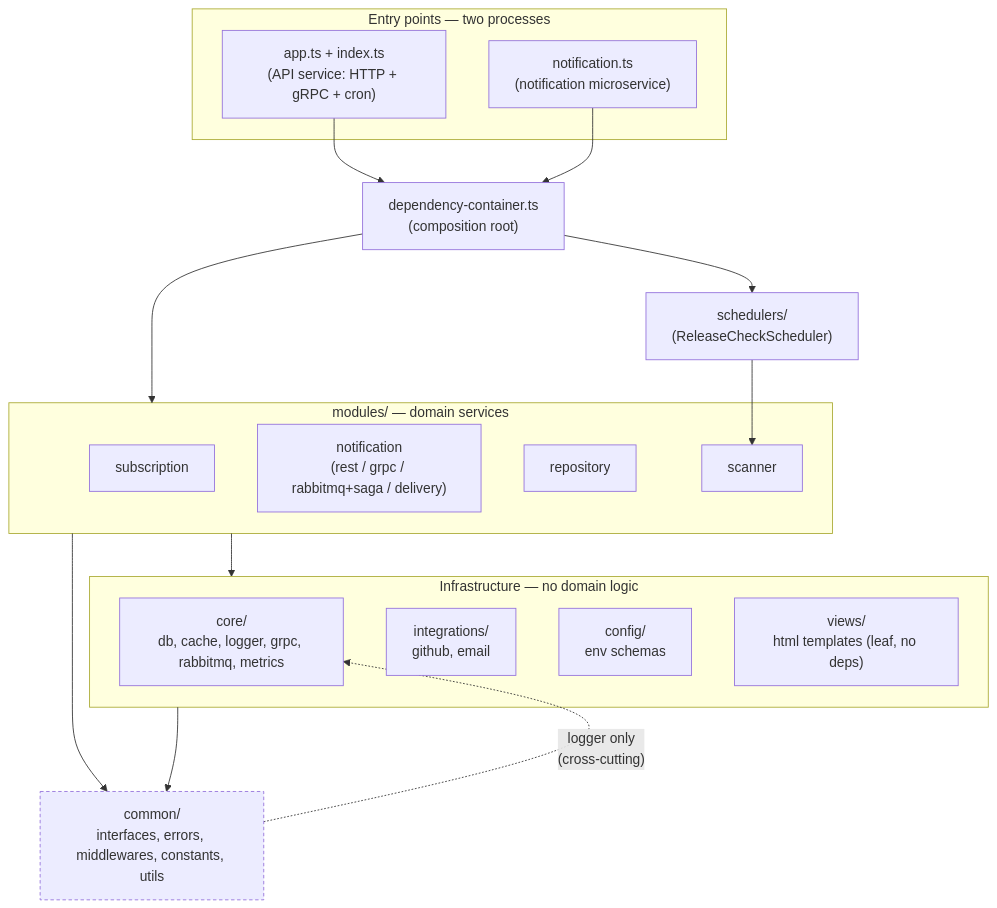
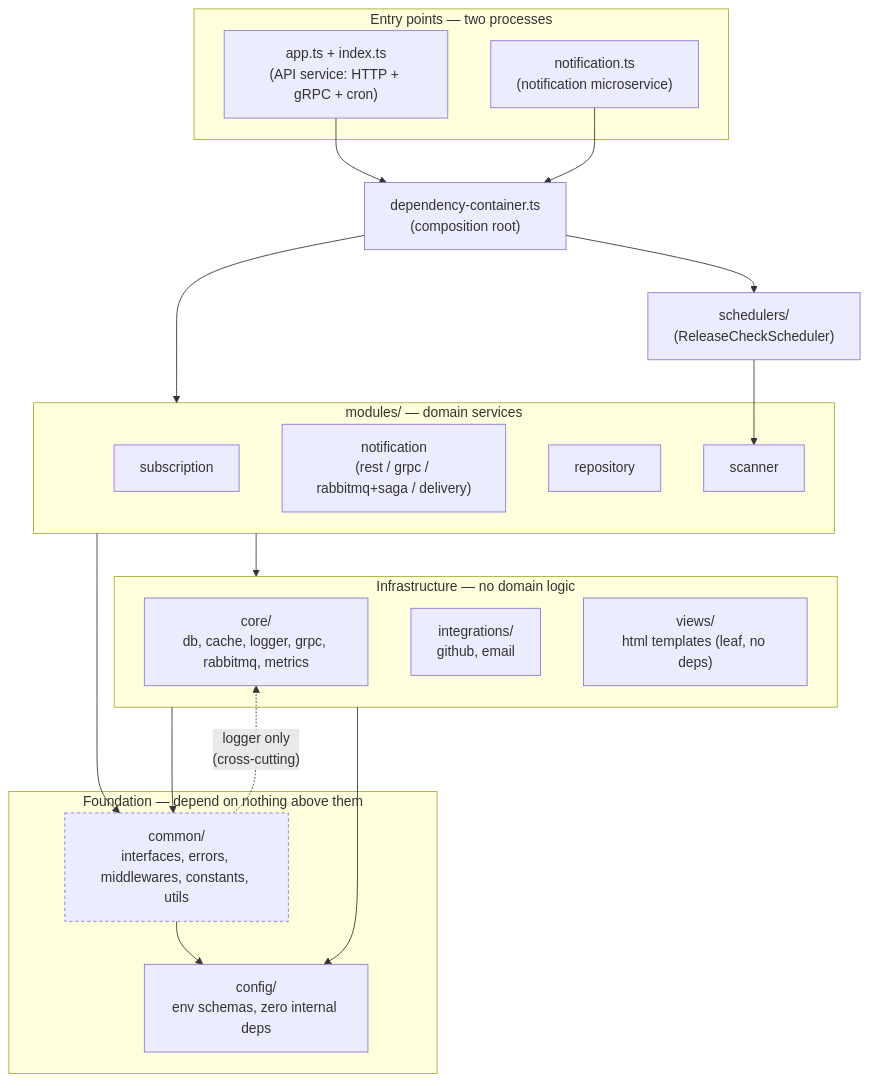
Before and after one commit to GenesisEducationKyiv/software-engineering-school-6-0-RandomIv: the diagram in docs/architecture.md, drawn with Mermaid. The commit also changed other lines of this file and 5 other files, not shown here.

First line of the commit message:
docs: reconcile architecture docs with two-process reality; enforce config isolation

````diff
--- a/docs/architecture.md
+++ b/docs/architecture.md
@@ -9,40 +9,44 @@
 ```mermaid
 graph TD
     subgraph Entry points [Entry points — two processes]
         APIENTRY["app.ts + index.ts<br/>(API service: HTTP + gRPC + cron)"]
         NOTIFENTRY["notification.ts<br/>(notification microservice)"]
     end
 
     DI["dependency-container.ts<br/>(composition root)"]
 
     subgraph Domain [modules/ — domain services]
         SUB["subscription"]
         NOTIF["notification<br/>(rest / grpc / rabbitmq+saga / delivery)"]
         REPO["repository"]
         SCAN["scanner"]
     end
 
     SCHED["schedulers/<br/>(ReleaseCheckScheduler)"]
 
     subgraph Infra [Infrastructure — no domain logic]
         CORE["core/<br/>db, cache, logger, grpc, rabbitmq, metrics"]
         INTEG["integrations/<br/>github, email"]
-        CONFIG["config/<br/>env schemas"]
         VIEWS["views/<br/>html templates (leaf, no deps)"]
     end
 
-    COMMON["common/<br/>interfaces, errors, middlewares, constants, utils"]
+    subgraph Foundation [Foundation — depend on nothing above them]
+        COMMON["common/<br/>interfaces, errors, middlewares, constants, utils"]
+        CONFIG["config/<br/>env schemas, zero internal deps"]
+    end
 
     APIENTRY --> DI
     NOTIFENTRY --> DI
     DI --> Domain
     DI --> SCHED
     SCHED --> SCAN
     Domain --> Infra
     Domain --> COMMON
     Infra --> COMMON
+    Infra --> CONFIG
+    COMMON --> CONFIG
     COMMON -. "logger only<br/>(cross-cutting)" .-> CORE
 
     classDef exception stroke-dasharray: 4 3
     class COMMON exception
 ```
````
